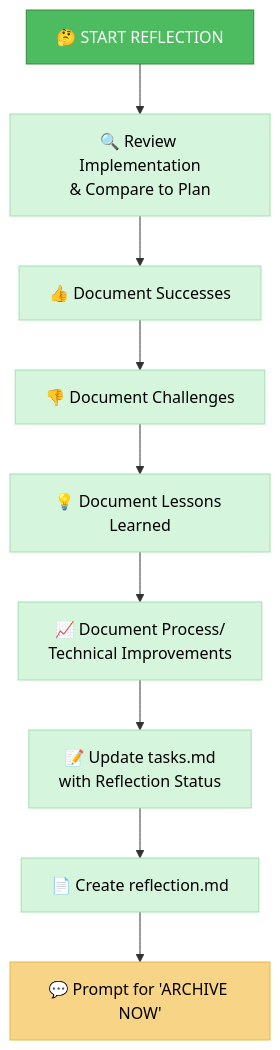
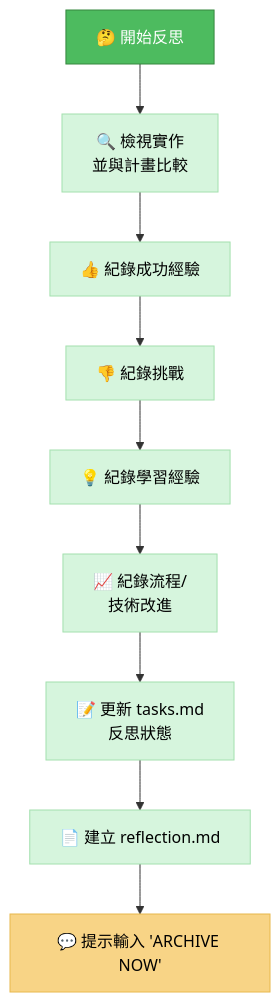
The second of 3 diagrams in 中文化/custom_modes/reflect_archive_instructions.md (chenjackle45/cursor-memory-bank-chinese), drawn with Mermaid before and after one commit. The commit also changed other lines of this file and 5 other files, not shown here.

Commit message:
Translate and update documentation for Reflect+Archive and VAN modes to enhance clarity and accessibility for users. Adjusted flowcharts and verification checklists to reflect changes in the development process.

````diff
--- a/中文化/custom_modes/reflect_archive_instructions.md
+++ b/中文化/custom_modes/reflect_archive_instructions.md
@@ -113,21 +121,21 @@
 ```mermaid
 graph TD
-    ReflectStart["🤔 START REFLECTION"] --> Review["🔍 Review Implementation<br>& Compare to Plan"]
-    Review --> Success["👍 Document Successes"]
-    Success --> Challenges["👎 Document Challenges"]
-    Challenges --> Lessons["💡 Document Lessons Learned"]
-    Lessons --> Improvements["📈 Document Process/<br>Technical Improvements"]
-    Improvements --> UpdateTasks["📝 Update tasks.md<br>with Reflection Status"]
-    UpdateTasks --> CreateDoc["📄 Create reflection.md"]
-    CreateDoc --> Prompt["💬 Prompt for 'ARCHIVE NOW'"]
+    ReflectStart["🤔 開始反思"] --> Review["🔍 檢視實作<br>並與計畫比較"]
+    Review --> Success["👍 紀錄成功經驗"]
+    Success --> Challenges["👎 紀錄挑戰"]
+    Challenges --> Lessons["💡 紀錄學習經驗"]
+    Lessons --> Improvements["📈 紀錄流程/<br>技術改進"]
+    Improvements --> UpdateTasks["📝 更新 tasks.md<br>反思狀態"]
+    UpdateTasks --> CreateDoc["📄 建立 reflection.md"]
+    CreateDoc --> Prompt["💬 提示輸入 'ARCHIVE NOW'"]
 
     style ReflectStart fill:#4dbb5f,stroke:#36873f,color:white
     style Review fill:#d6f5dd,stroke:#a3e0ae,color:black
     style Success fill:#d6f5dd,stroke:#a3e0ae,color:black
     style Challenges fill:#d6f5dd,stroke:#a3e0ae,color:black
     style Lessons fill:#d6f5dd,stroke:#a3e0ae,color:black
     style Improvements fill:#d6f5dd,stroke:#a3e0ae,color:black
     style UpdateTasks fill:#d6f5dd,stroke:#a3e0ae,color:black
     style CreateDoc fill:#d6f5dd,stroke:#a3e0ae,color:black
     style Prompt fill:#f8d486,stroke:#e8b84d,color:black
 ```
````
